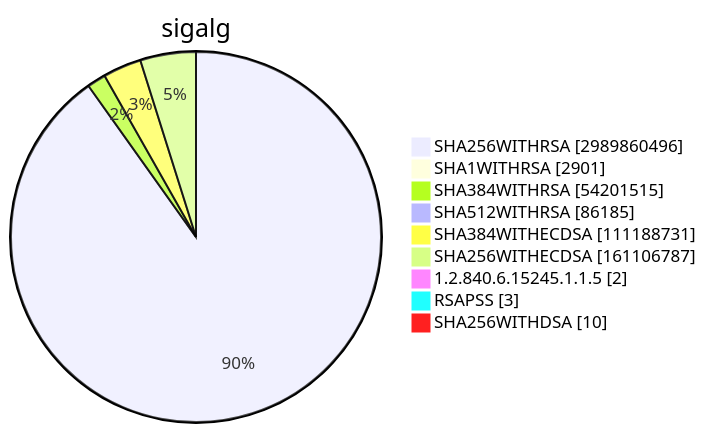
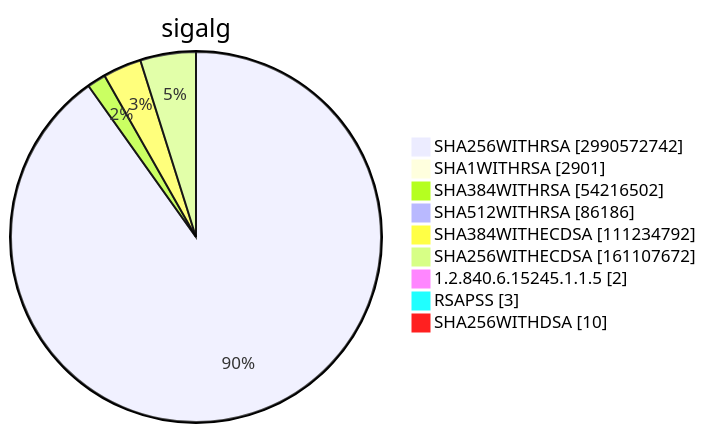
Diagram 15 of 15 in TOTAL/README.md (christiankrug/ctmonitor_visualization), drawn with Mermaid before and after one commit. The commit also changed other lines of this file, not shown here.

````diff
--- a/TOTAL/README.md
+++ b/TOTAL/README.md
@@ -6208,13 +6208,13 @@
 ```mermaid
 pie showData
 title sigalg
-"SHA256WITHRSA" :2989860496
+"SHA256WITHRSA" :2990572742
 "SHA1WITHRSA" :2901
-"SHA384WITHRSA" :54201515
-"SHA512WITHRSA" :86185
-"SHA384WITHECDSA" :111188731
-"SHA256WITHECDSA" :161106787
+"SHA384WITHRSA" :54216502
+"SHA512WITHRSA" :86186
+"SHA384WITHECDSA" :111234792
+"SHA256WITHECDSA" :161107672
 "1.2.840.6.15245.1.1.5" :2
 "RSAPSS" :3
 "SHA256WITHDSA" :10
 ```
````
